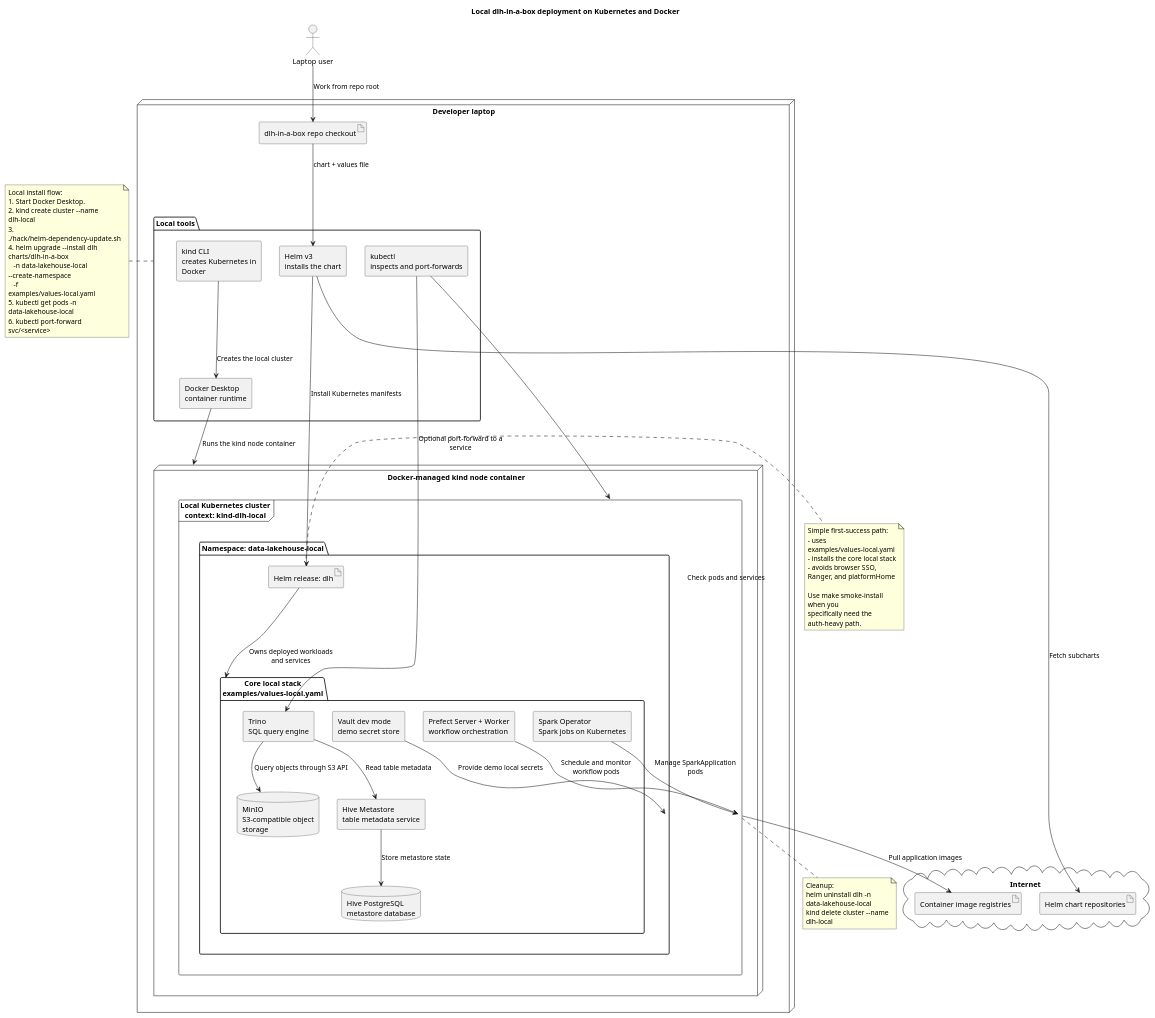
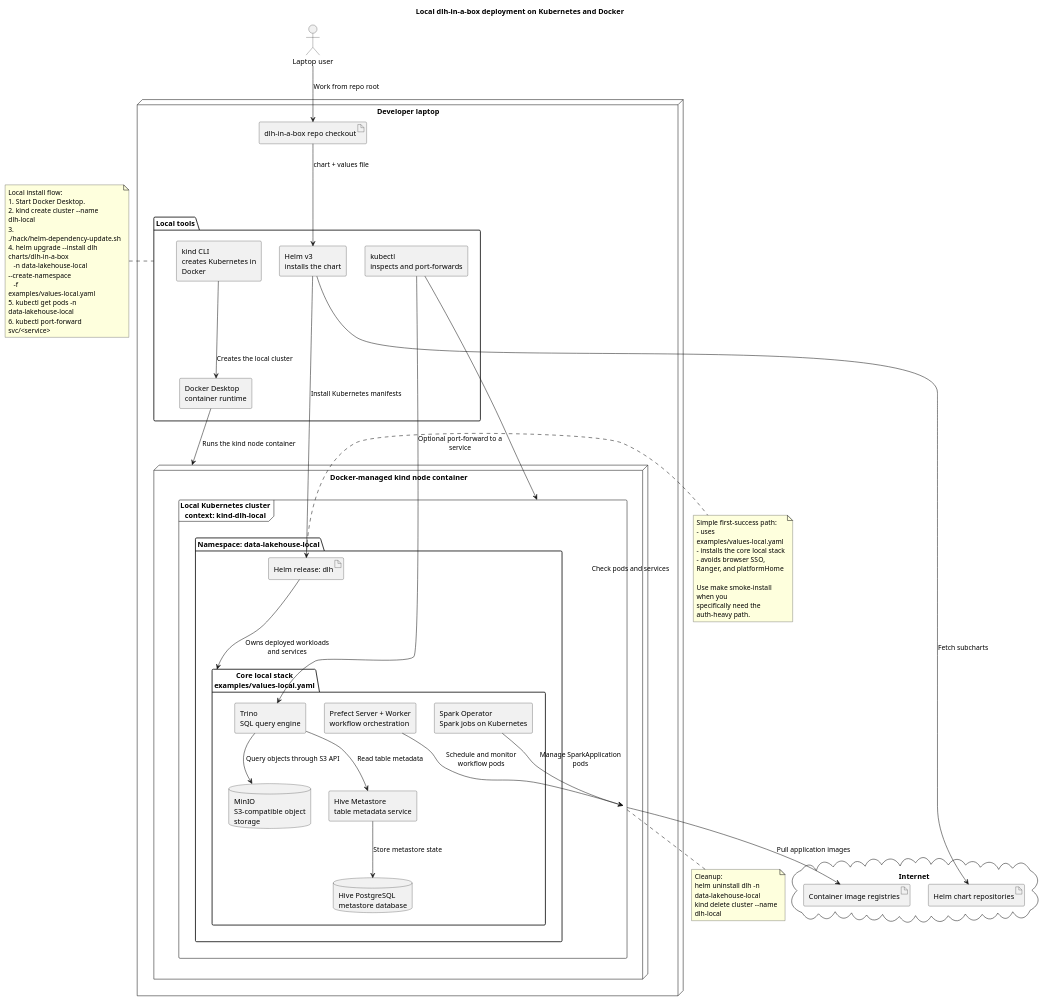
The diagram in docs/architecture/local-kubernetes-docker-deployment.puml (sanger-pathogens/dlh-in-a-box-umbrella-helm-chart), drawn with PlantUML before and after one commit. The commit also changed 4 other files, not shown here.

Commit message:
Remove references to vault from documentation and diagrams

```diff
--- a/docs/architecture/local-kubernetes-docker-deployment.puml
+++ b/docs/architecture/local-kubernetes-docker-deployment.puml
@@ -1,92 +1,90 @@
 @startuml
 title Local dlh-in-a-box deployment on Kubernetes and Docker
 
 top to bottom direction
 skinparam shadowing false
 skinparam componentStyle rectangle
 skinparam wrapWidth 180
 skinparam maxMessageSize 180
 
 actor "Laptop user" as user
 
 node "Developer laptop" as laptop {
   artifact "dlh-in-a-box repo checkout" as repo
 
   package "Local tools" as tools {
     component "Docker Desktop\ncontainer runtime" as docker
     component "kind CLI\ncreates Kubernetes in Docker" as kind
     component "Helm v3\ninstalls the chart" as helm
     component "kubectl\ninspects and port-forwards" as kubectl
   }
 
   node "Docker-managed kind node container" as kind_node {
     frame "Local Kubernetes cluster\ncontext: kind-dlh-local" as cluster {
       package "Namespace: data-lakehouse-local" as namespace {
         artifact "Helm release: dlh" as release
 
         package "Core local stack\nexamples/values-local.yaml" as local_stack {
           component "Trino\nSQL query engine" as trino
           database "MinIO\nS3-compatible object storage" as minio
           component "Hive Metastore\ntable metadata service" as hive
           database "Hive PostgreSQL\nmetastore database" as hive_db
           component "Prefect Server + Worker\nworkflow orchestration" as prefect
           component "Spark Operator\nSpark jobs on Kubernetes" as spark_operator
-          component "Vault dev mode\ndemo secret store" as vault
         }
       }
     }
   }
 }
 
 cloud "Internet" as internet {
   artifact "Helm chart repositories" as chart_repos
   artifact "Container image registries" as image_registries
 }
 
 user --> repo : Work from repo root
 docker --> kind_node : Runs the kind node container
 kind --> docker : Creates the local cluster
 repo --> helm : chart + values file
 helm --> chart_repos : Fetch subcharts
 helm --> release : Install Kubernetes manifests
 cluster --> image_registries : Pull application images
 kubectl --> cluster : Check pods and services
 kubectl --> trino : Optional port-forward to a service
 
 release --> local_stack : Owns deployed workloads and services
 trino --> hive : Read table metadata
 hive --> hive_db : Store metastore state
 trino --> minio : Query objects through S3 API
 prefect --> cluster : Schedule and monitor workflow pods
 spark_operator --> cluster : Manage SparkApplication pods
-vault --> namespace : Provide demo local secrets
 
 note left of tools
 Local install flow:
 1. Start Docker Desktop.
 2. kind create cluster --name dlh-local
 3. ./hack/helm-dependency-update.sh
 4. helm upgrade --install dlh charts/dlh-in-a-box
    -n data-lakehouse-local --create-namespace
    -f examples/values-local.yaml
 5. kubectl get pods -n data-lakehouse-local
 6. kubectl port-forward svc/<service>
 end note
 
 note right of release
 Simple first-success path:
 - uses examples/values-local.yaml
 - installs the core local stack
 - avoids browser SSO, Ranger, and platformHome
 
 Use make smoke-install when you
 specifically need the auth-heavy path.
 end note
 
 note bottom of cluster
 Cleanup:
 helm uninstall dlh -n data-lakehouse-local
 kind delete cluster --name dlh-local
 end note
 
 @enduml
```
